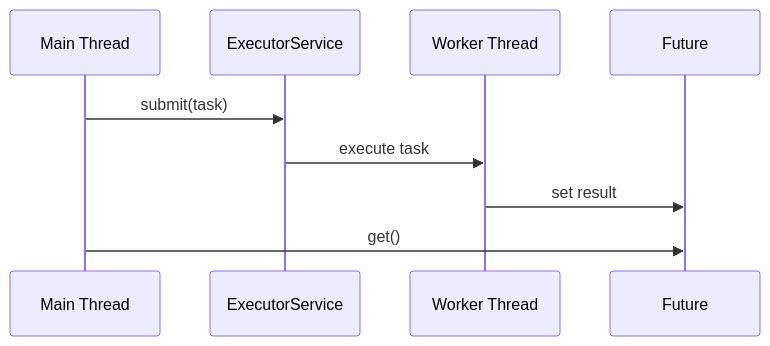
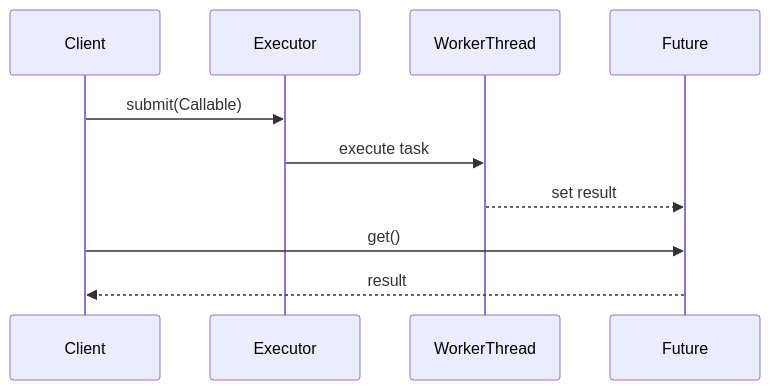
One commit to VrushankPatel/interview-matters changed the diagram in java/threads-executors-futures/README.md. Above: the diagram before and after it, drawn with Mermaid. The commit also changed other lines of this file and 8 other files, not shown here.

````diff
--- a/java/threads-executors-futures/README.md
+++ b/java/threads-executors-futures/README.md
@@ -88,12 +143,13 @@
 ```mermaid
 sequenceDiagram
-    participant Main as Main Thread
-    participant Executor as ExecutorService
-    participant Worker as Worker Thread
-    participant Future as Future
+    participant Client
+    participant Executor
+    participant WorkerThread
+    participant Future
 
-    Main->>Executor: submit(task)
-    Executor->>Worker: execute task
-    Worker->>Future: set result
-    Main->>Future: get()
+    Client->>Executor: submit(Callable)
+    Executor->>WorkerThread: execute task
+    WorkerThread-->>Future: set result
+    Client->>Future: get()
+    Future-->>Client: result
 ```
````
